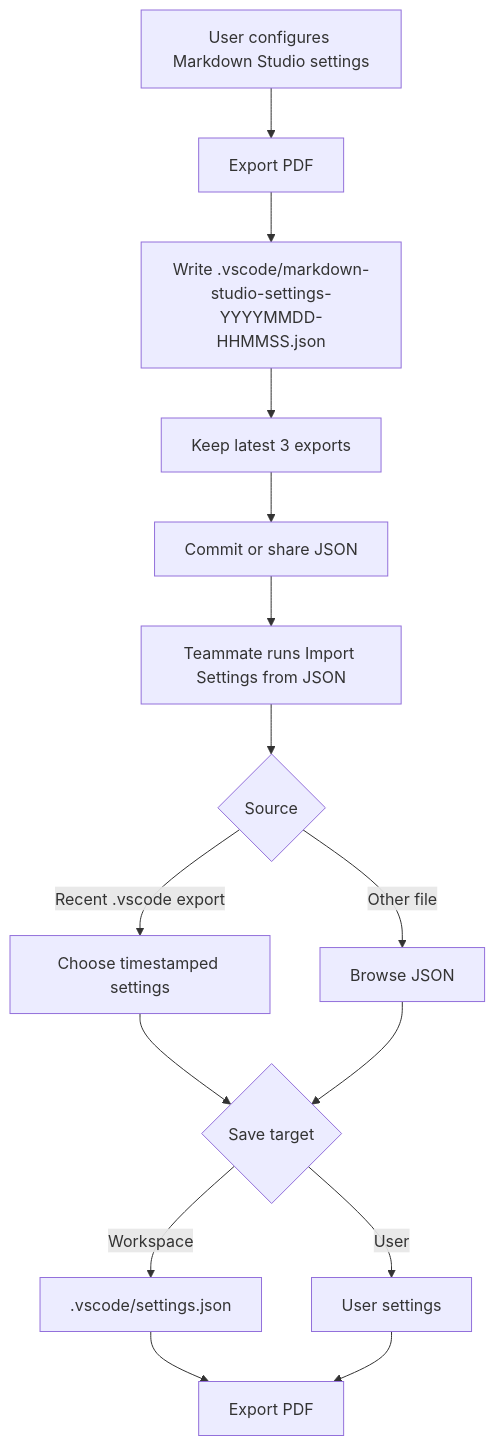
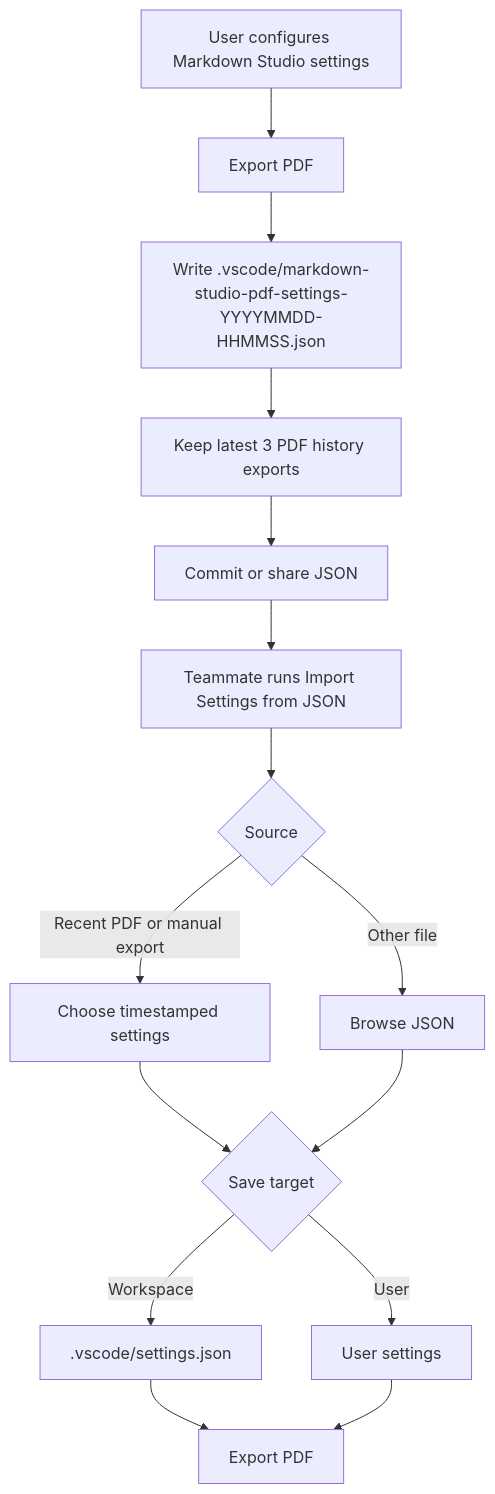
One commit to kino-6/vscode-markdown-studio changed the diagram in docs/plans/export-profiles-plan.md. Above: the diagram before and after it, drawn with Mermaid. The commit also changed other lines of this file and 9 other files, not shown here.

Commit message:
Separate PDF and manual settings exports

````diff
--- a/docs/plans/export-profiles-plan.md
+++ b/docs/plans/export-profiles-plan.md
@@ -22,17 +24,17 @@
 ```mermaid
 flowchart TD
   A[User configures Markdown Studio settings] --> B[Export PDF]
-  B --> C[Write .vscode/markdown-studio-settings-YYYYMMDD-HHMMSS.json]
-  C --> D[Keep latest 3 exports]
+  B --> C[Write .vscode/markdown-studio-pdf-settings-YYYYMMDD-HHMMSS.json]
+  C --> D[Keep latest 3 PDF history exports]
   D --> E[Commit or share JSON]
   E --> F[Teammate runs Import Settings from JSON]
   F --> G{Source}
-  G -->|Recent .vscode export| H[Choose timestamped settings]
+  G -->|Recent PDF or manual export| H[Choose timestamped settings]
   G -->|Other file| I[Browse JSON]
   H --> J{Save target}
   I --> J
   J -->|Workspace| K[.vscode/settings.json]
   J -->|User| L[User settings]
   K --> M[Export PDF]
   L --> M
 ```
````
